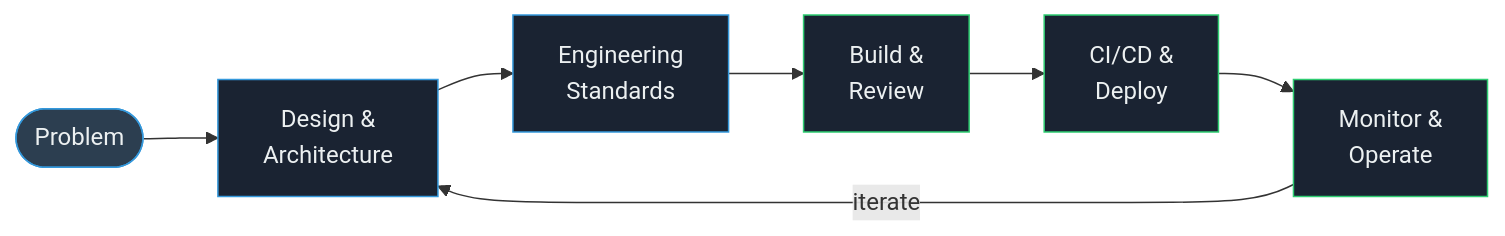
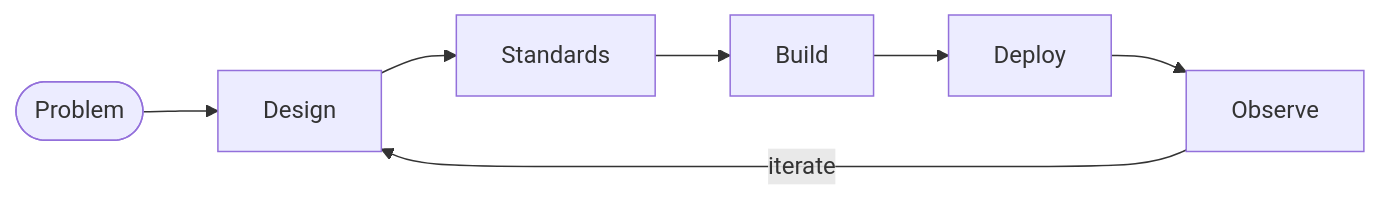
Before and after one commit to ahmad-rafee/ahmad-rafee: the diagram in README.md, drawn with Mermaid. The commit also changed 1 other file, not shown here.

Commit message:
fix mermaid syntax and rendering

````diff
--- a/README.md
+++ b/README.md
@@ -177,16 +177,9 @@
 ```mermaid
 flowchart LR
-    A([Problem]) --> B[Design &\nArchitecture]
-    B --> C[Engineering\nStandards]
-    C --> D[Build &\nReview]
-    D --> E[CI/CD &\nDeploy]
-    E --> F[Monitor &\nOperate]
+    A([Problem]) --> B[Design]
+    B --> C[Standards]
+    C --> D[Build]
+    D --> E[Deploy]
+    E --> F[Observe]
     F -->|iterate| B
-
-    style A fill:#2C3E50,stroke:#3498DB,color:#ECF0F1
-    style B fill:#1a2332,stroke:#3498DB,color:#ECF0F1
-    style C fill:#1a2332,stroke:#3498DB,color:#ECF0F1
-    style D fill:#1a2332,stroke:#2ECC71,color:#ECF0F1
-    style E fill:#1a2332,stroke:#2ECC71,color:#ECF0F1
-    style F fill:#1a2332,stroke:#2ECC71,color:#ECF0F1
 ```
````
